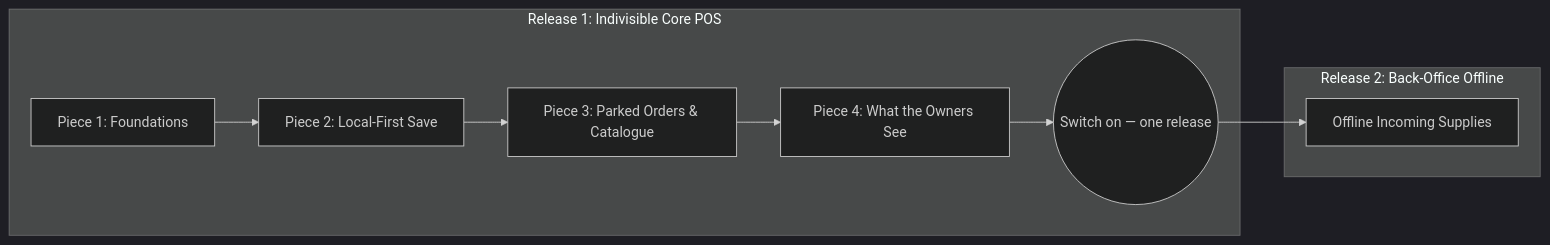
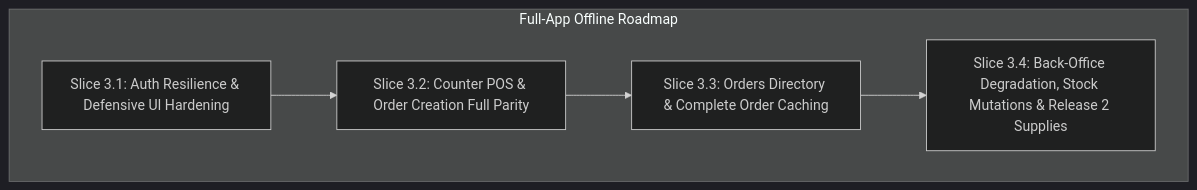
Before and after one commit to alvinleyble/leyble-hub: the second of 2 diagrams in docs/product/proposals/v2-5-offline-accessibility.md, drawn with Mermaid (dark theme). The commit also changed other lines of this file and 4 other files, not shown here.

First line of the commit message:
docs: capture full-app offline accessibility decisions and mutation boundaries (ADR 0015)

````diff
--- a/docs/product/proposals/v2-5-offline-accessibility.md
+++ b/docs/product/proposals/v2-5-offline-accessibility.md
@@ -218,13 +243,8 @@
 ```mermaid
-graph LR
-    subgraph Release 1: Indivisible Core POS
-        P1[Piece 1: Foundations] --> P2[Piece 2: Local-First Save]
-        P2 --> P3[Piece 3: Parked Orders & Catalogue]
-        P3 --> P4[Piece 4: What the Owners See]
-        P4 --> SW((Switch on — one release))
-    end
-
-    subgraph Release 2: Back-Office Offline
-        SW --> R2[Offline Incoming Supplies]
+graph TD
+    subgraph Full-App Offline Roadmap
+        S1[Slice 3.1: Auth Resilience & Defensive UI Hardening] --> S2[Slice 3.2: Counter POS & Order Creation Full Parity]
+        S2 --> S3[Slice 3.3: Orders Directory & Complete Order Caching]
+        S3 --> S4[Slice 3.4: Back-Office Degradation, Stock Mutations & Release 2 Supplies]
     end
 ```
````
